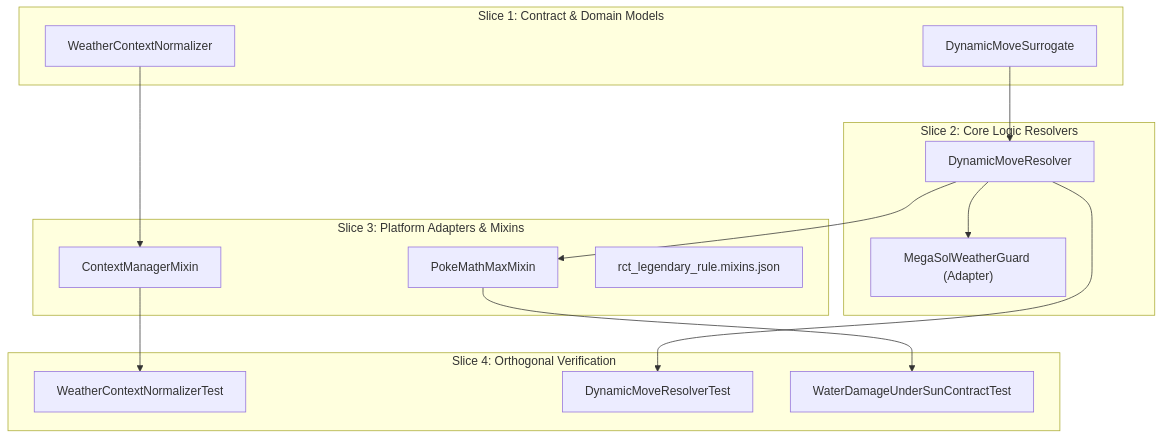
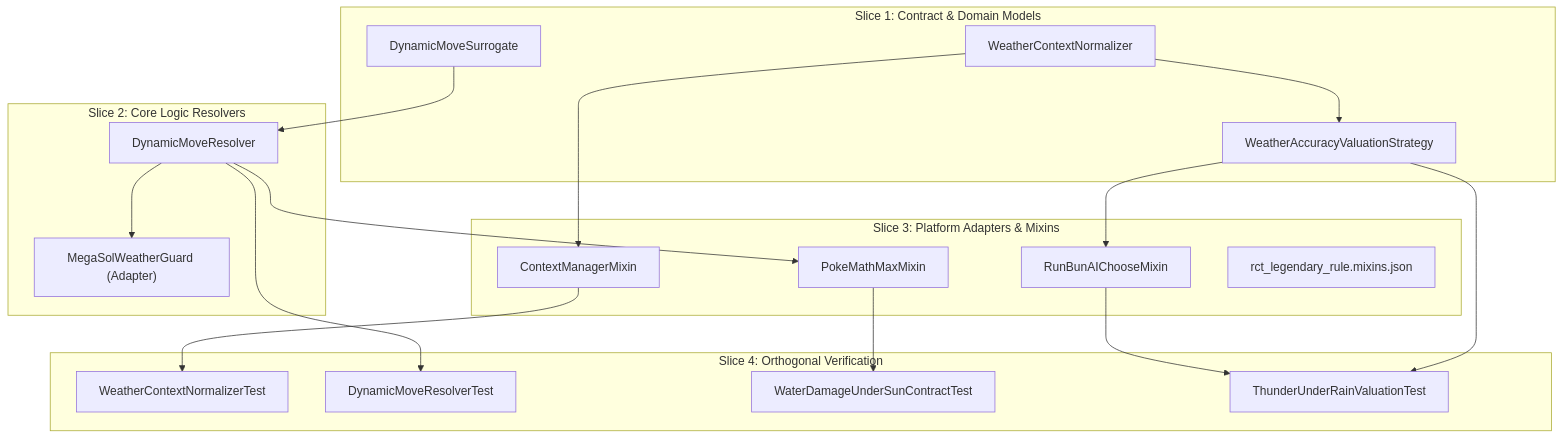
The diagram in docs/workstreams/ai-damage-weather-and-dynamic-types/plan.md (khangnhoang/cobbleverse-hell-mode-modernized), drawn with Mermaid before and after one commit. The commit also changed other lines of this file, not shown here.

First line of the commit message:
docs(ai): freeze plan for dynamic move typing, weather resolution and weather accuracy valuation (delta defect 3)

````diff
--- a/docs/workstreams/ai-damage-weather-and-dynamic-types/plan.md
+++ b/docs/workstreams/ai-damage-weather-and-dynamic-types/plan.md
@@ -103,29 +134,36 @@
 ```mermaid
 graph TD
     subgraph S1["Slice 1: Contract & Domain Models"]
         WCN["WeatherContextNormalizer"]
         DMS["DynamicMoveSurrogate"]
+        WAV["WeatherAccuracyValuationStrategy"]
     end
     subgraph S2["Slice 2: Core Logic Resolvers"]
         DMR["DynamicMoveResolver"]
         MSW["MegaSolWeatherGuard (Adapter)"]
     end
     subgraph S3["Slice 3: Platform Adapters & Mixins"]
         CMM["ContextManagerMixin"]
         PMM["PokeMathMaxMixin"]
+        RBM["RunBunAIChooseMixin"]
         MIX["rct_legendary_rule.mixins.json"]
     end
     subgraph S4["Slice 4: Orthogonal Verification"]
         T1["WeatherContextNormalizerTest"]
         T2["DynamicMoveResolverTest"]
         T3["WaterDamageUnderSunContractTest"]
+        T4["ThunderUnderRainValuationTest"]
     end
 
     WCN --> CMM
+    WCN --> WAV
     DMS --> DMR
     DMR --> MSW
     DMR --> PMM
+    WAV --> RBM
     CMM --> T1
     DMR --> T2
     PMM --> T3
+    WAV --> T4
+    RBM --> T4
 ```
````
